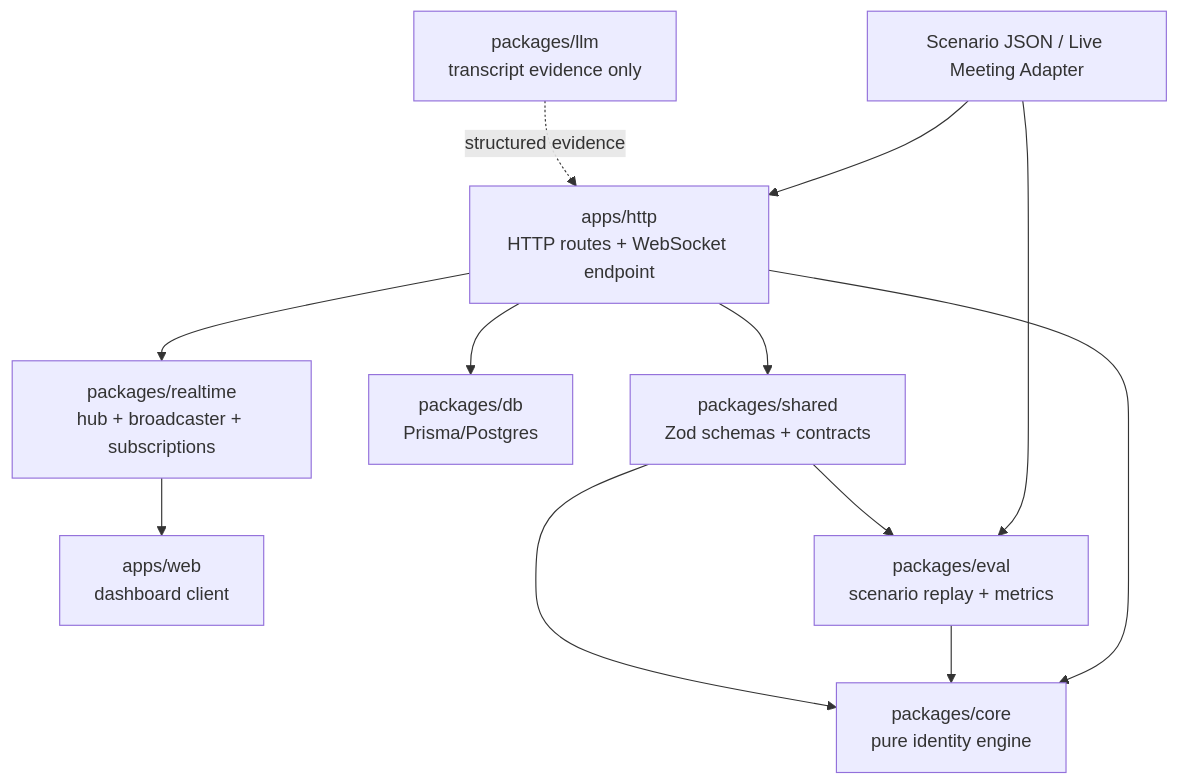
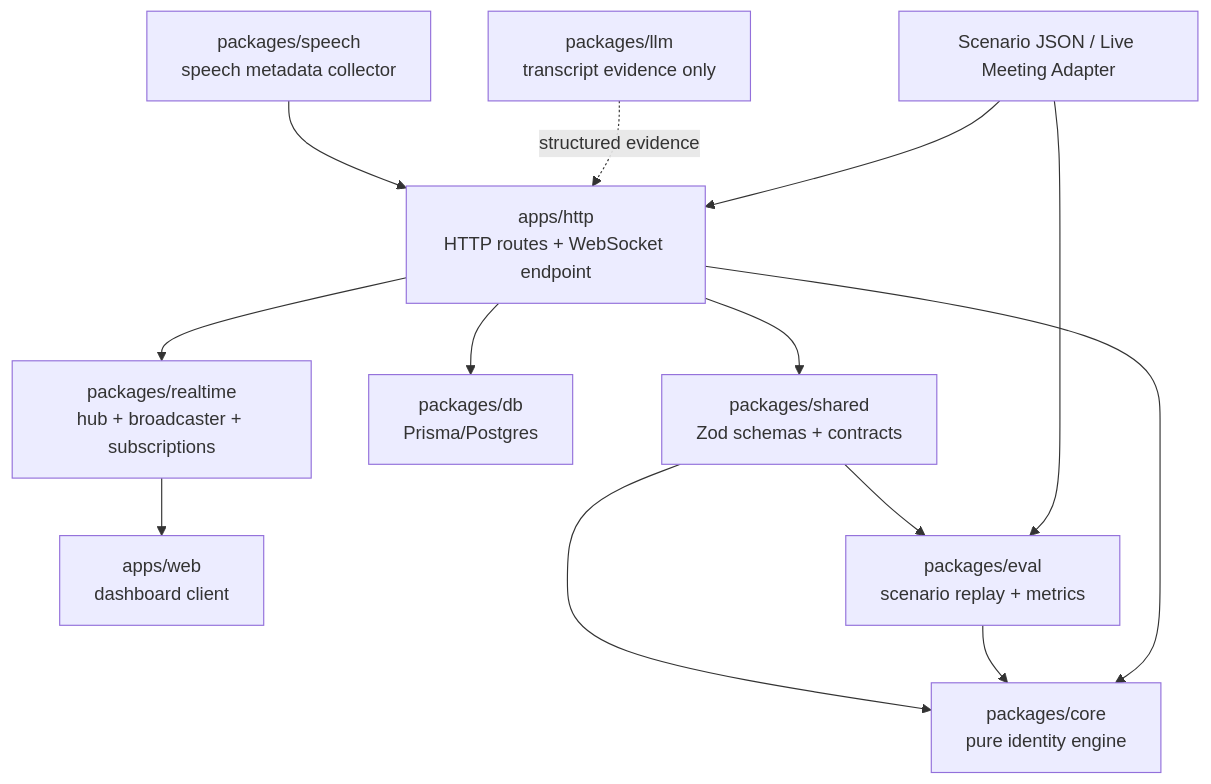
The first of 2 diagrams in ARCHITECTURE.md (RitikaxG/sherlock-challenge), drawn with Mermaid before and after one commit. The commit also changed other lines of this file and 38 other files, not shown here.

````diff
--- a/ARCHITECTURE.md
+++ b/ARCHITECTURE.md
@@ -64,14 +84,15 @@
 ```mermaid
 flowchart TD
   Scenario["Scenario JSON / Live Meeting Adapter"] --> HTTP["apps/http<br/>HTTP routes + WebSocket endpoint"]
   HTTP --> Shared["packages/shared<br/>Zod schemas + contracts"]
   HTTP --> Core["packages/core<br/>pure identity engine"]
   HTTP --> DB["packages/db<br/>Prisma/Postgres"]
   HTTP --> Realtime["packages/realtime<br/>hub + broadcaster + subscriptions"]
   Realtime --> Web["apps/web<br/>dashboard client"]
   LLM["packages/llm<br/>transcript evidence only"] -. structured evidence .-> HTTP
+  Speech["packages/speech<br/>speech metadata collector"] --> HTTP
   Scenario --> Eval["packages/eval<br/>scenario replay + metrics"]
   Eval --> Core
   Shared --> Core
   Shared --> Eval
 ```
````
